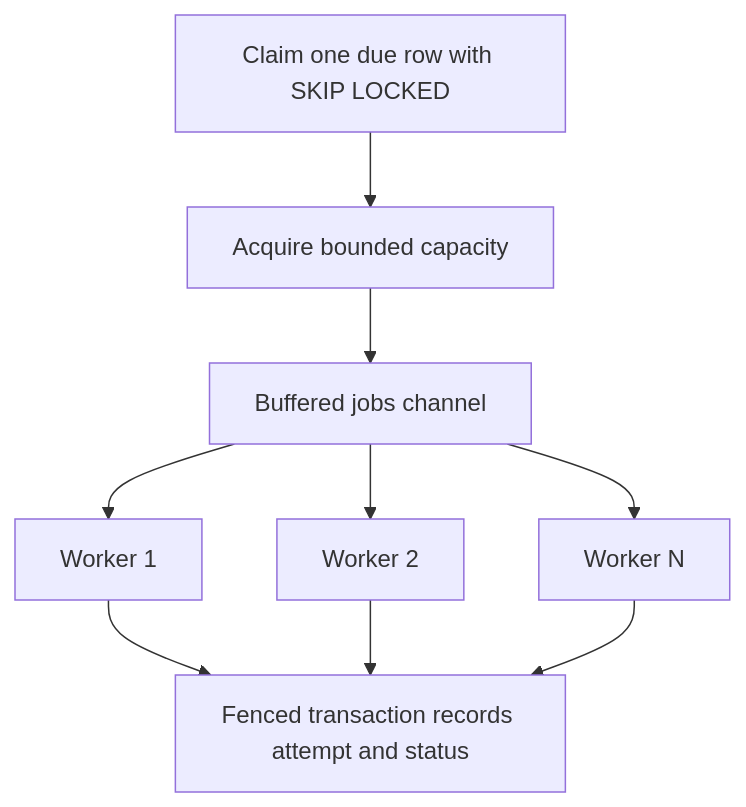
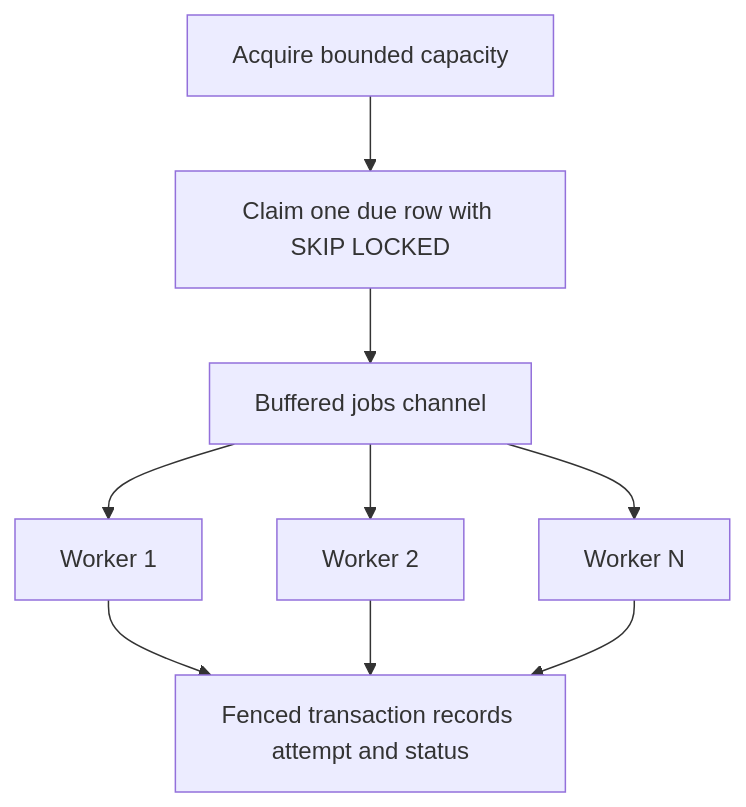
The third of 5 diagrams in docs/architecture.md (Yosshmi/pulseroute), drawn with Mermaid before and after one commit. The commit also changed other lines of this file and 2 other files, not shown here.

Commit message:
fix: contain narrow-screen tables and clarify measured index evidence

````diff
--- a/docs/architecture.md
+++ b/docs/architecture.md
@@ -59,11 +59,11 @@
 ```mermaid
 flowchart TD
-  Claim[Claim one due row with SKIP LOCKED] --> Slots[Acquire bounded capacity]
-  Slots --> Channel[Buffered jobs channel]
+  Slots[Acquire bounded capacity] --> Claim[Claim one due row with SKIP LOCKED]
+  Claim --> Channel[Buffered jobs channel]
   Channel --> W1[Worker 1]
   Channel --> W2[Worker 2]
   Channel --> WN[Worker N]
   W1 --> Finish[Fenced transaction records attempt and status]
   W2 --> Finish
   WN --> Finish
 ```
````
